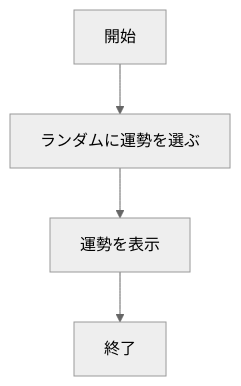
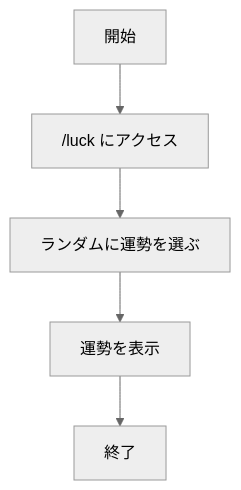
The third of 6 diagrams in README.md (shigetomiharuto/webpro_06), drawn with Mermaid (neutral theme) before and after one commit. The commit also changed other lines of this file, not shown here.

````diff
--- a/README.md
+++ b/README.md
@@ -45,11 +102,13 @@
 ```mermaid
 flowchart TD;
   start["開始"]
+access["/luck にアクセス"]
   random_choice["ランダムに運勢を選ぶ"]
   fortune["運勢を表示"]
   end1["終了"]
 
-  start --> random_choice
+  start --> access
+  access --> random_choice
   random_choice --> fortune
   fortune --> end1
 ```
````
